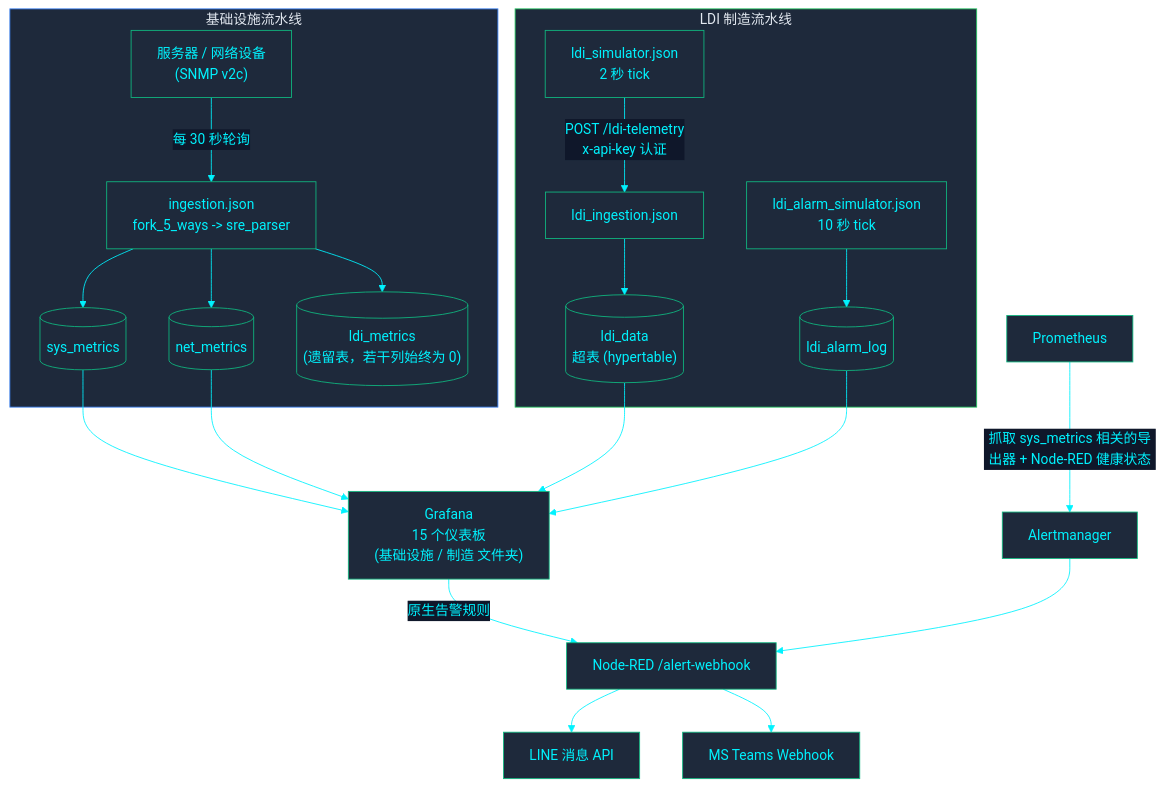
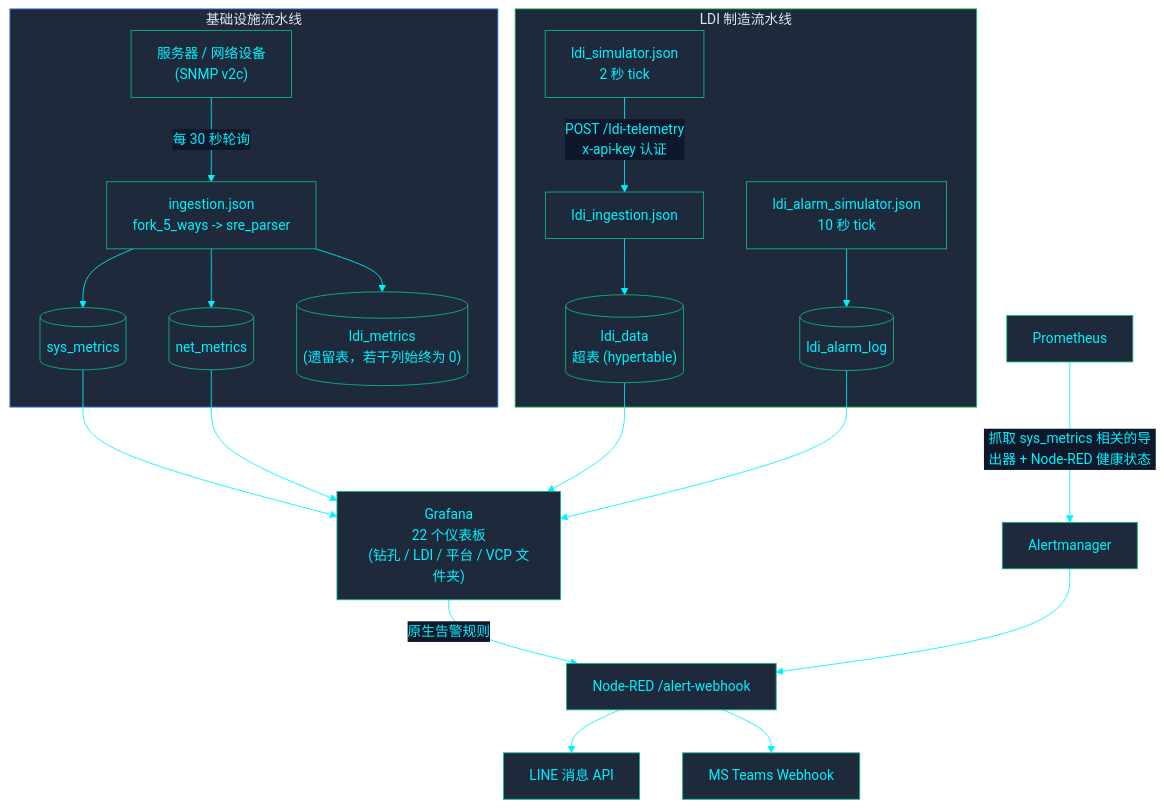
One commit to PATTANAKORN025/IMS changed the first of 3 diagrams in zh-CN/docs/architecture/DATA_FLOW.md. Above: the diagram before and after it, drawn with Mermaid. The commit also changed 91 other files, not shown here.

````diff
--- a/zh-CN/docs/architecture/DATA_FLOW.md
+++ b/zh-CN/docs/architecture/DATA_FLOW.md
@@ -18,30 +18,30 @@
 ```mermaid
 %%{init: {'theme': 'base', 'themeVariables': { 'primaryColor': '#1e293b', 'primaryTextColor': '#00F2FE', 'primaryBorderColor': '#10B981', 'lineColor': '#00F2FE', 'secondaryColor': '#0f172a', 'tertiaryColor': '#0f172a', 'clusterBkg': '#030407', 'clusterBorder': '#00F2FE'}}}%%
 flowchart TB
  subgraph INFRA["基础设施流水线"]
   DEV["服务器 / 网络设备\n(SNMP v2c)"] -->|"每 30 秒轮询"| WALK["ingestion.json\nfork_5_ways -> sre_parser"]
   WALK --> SYS[("sys_metrics")]
   WALK --> NET[("net_metrics")]
   WALK --> LDIM[("ldi_metrics\n(遗留表，若干列始终为 0)")]
  end
 
  subgraph LDI["LDI 制造流水线"]
   SIM["ldi_simulator.json\n2 秒 tick"] -->|"POST /ldi-telemetry\nx-api-key 认证"| ING["ldi_ingestion.json"]
   ING --> LDID[("ldi_data\n超表 (hypertable)")]
   ALMSIM["ldi_alarm_simulator.json\n10 秒 tick"] --> ALOG[("ldi_alarm_log")]
  end
 
- SYS --> GRAFANA["Grafana\n15 个仪表板\n(基础设施 / 制造 文件夹)"]
+ SYS --> GRAFANA["Grafana\n22 个仪表板\n(钻孔 / LDI / 平台 / VCP 文件夹)"]
  NET --> GRAFANA
  LDID --> GRAFANA
  ALOG --> GRAFANA
 
  GRAFANA -->|"原生告警规则"| WEBHOOK["Node-RED /alert-webhook"]
  PROM["Prometheus"] -->|"抓取 sys_metrics 相关的导出器 + Node-RED 健康状态"| AM["Alertmanager"]
  AM --> WEBHOOK
  WEBHOOK --> LINE["LINE 消息 API"]
  WEBHOOK --> TEAMS["MS Teams Webhook"]
 
  style INFRA fill:#1e293b,stroke:#3b82f6,color:#e2e8f0
  style LDI fill:#1e293b,stroke:#22c55e,color:#e2e8f0
 ```
````
